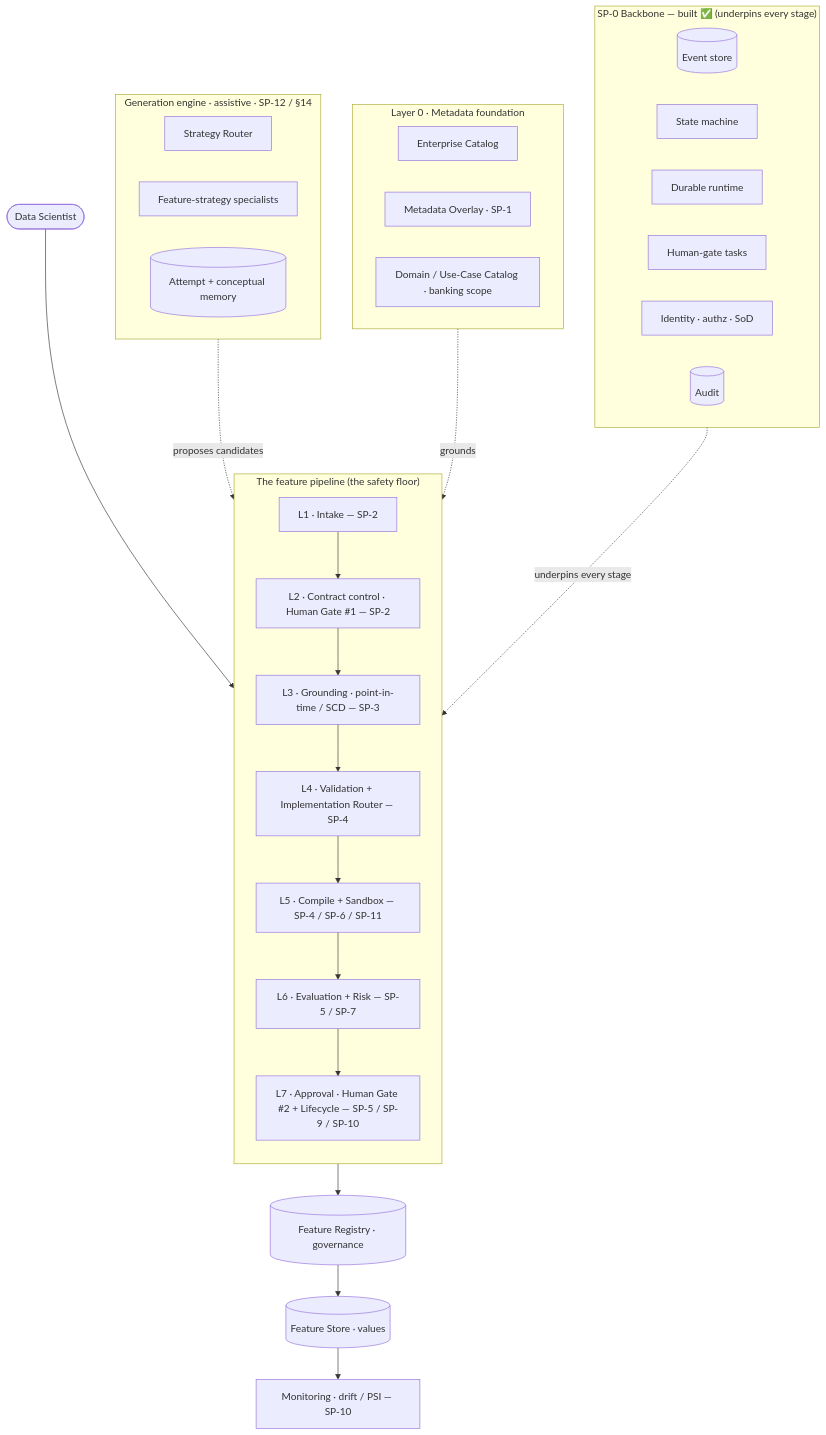
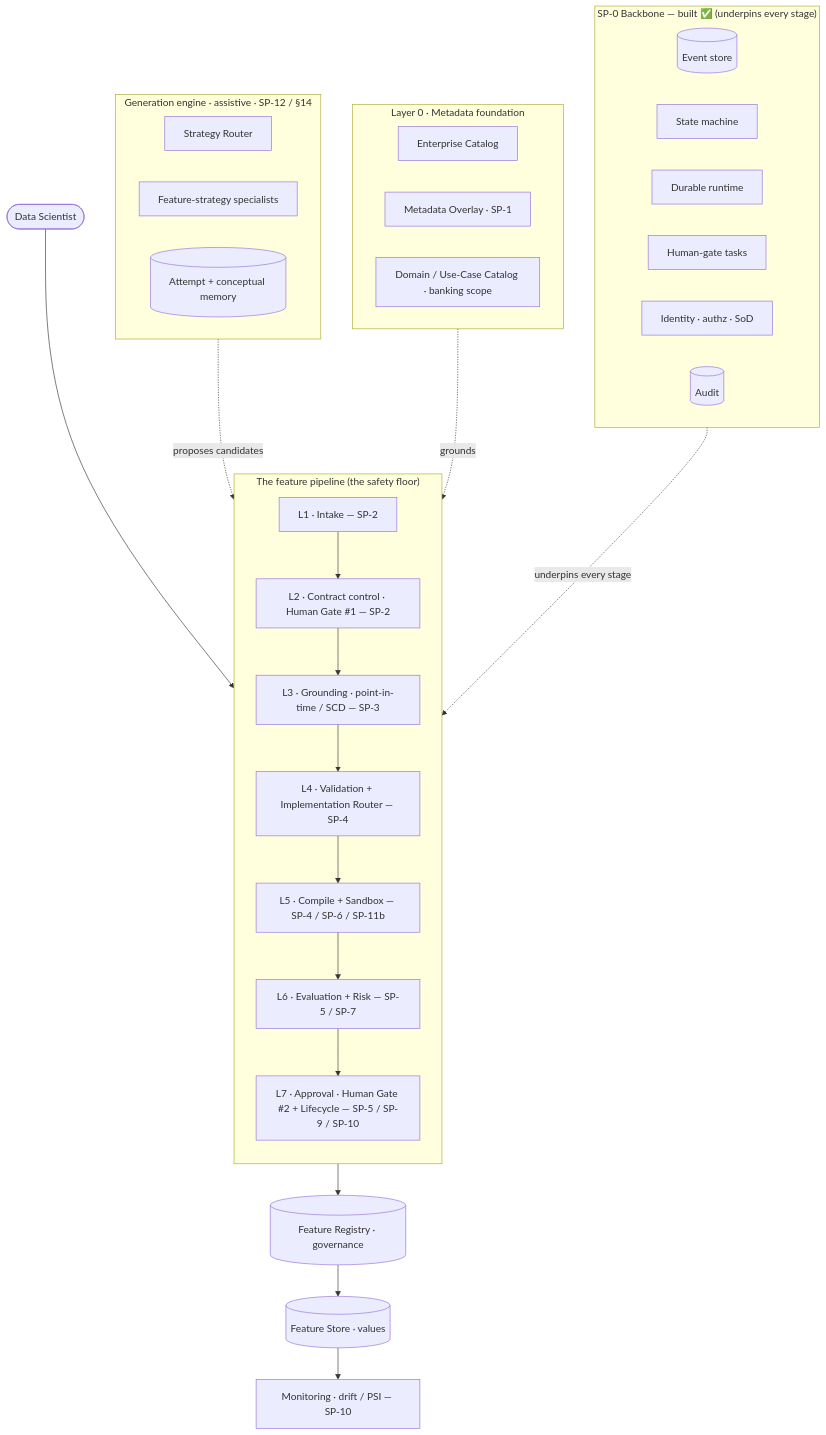
The first of 5 diagrams in docs/architecture/2026-06-29-reference-architecture.md (inder1991/feature-engineering), drawn with Mermaid before and after one commit. The commit also changed other lines of this file and 4 other files, not shown here.

First line of the commit message:
docs: 2026-07-02 platform review + roadmap/design amendments

````diff
--- a/docs/architecture/2026-06-29-reference-architecture.md
+++ b/docs/architecture/2026-06-29-reference-architecture.md
@@ -24,47 +24,47 @@
 ```mermaid
 flowchart TB
   DS(["Data Scientist"])
 
   subgraph L0["Layer 0 · Metadata foundation"]
     CAT["Enterprise Catalog"]
     OV["Metadata Overlay · SP-1"]
     DC["Domain / Use-Case Catalog · banking scope"]
   end
 
   subgraph GEN["Generation engine · assistive · SP-12 / §14"]
     RTR["Strategy Router"]
     SPC["Feature-strategy specialists"]
     MEM[("Attempt + conceptual memory")]
   end
 
   subgraph PIPE["The feature pipeline (the safety floor)"]
     direction TB
     L1["L1 · Intake — SP-2"]
     L2["L2 · Contract control · Human Gate #1 — SP-2"]
     L3["L3 · Grounding · point-in-time / SCD — SP-3"]
     L4["L4 · Validation + Implementation Router — SP-4"]
-    L5["L5 · Compile + Sandbox — SP-4 / SP-6 / SP-11"]
+    L5["L5 · Compile + Sandbox — SP-4 / SP-6 / SP-11b"]
     L6["L6 · Evaluation + Risk — SP-5 / SP-7"]
     L7["L7 · Approval · Human Gate #2 + Lifecycle — SP-5 / SP-9 / SP-10"]
     L1 --> L2 --> L3 --> L4 --> L5 --> L6 --> L7
   end
 
   REG[("Feature Registry · governance")]
   STORE[("Feature Store · values")]
   MON["Monitoring · drift / PSI — SP-10"]
 
   subgraph BB["SP-0 Backbone — built ✅ (underpins every stage)"]
     ES[("Event store")]
     SM["State machine"]
     RUN["Durable runtime"]
     GTK["Human-gate tasks"]
     IDN["Identity · authz · SoD"]
     AUD[("Audit")]
   end
 
   DS --> L1
   GEN -. proposes candidates .-> L1
   L0 -. grounds .-> L3
   L7 --> REG --> STORE --> MON
   BB -. underpins every stage .-> PIPE
 ```
````
